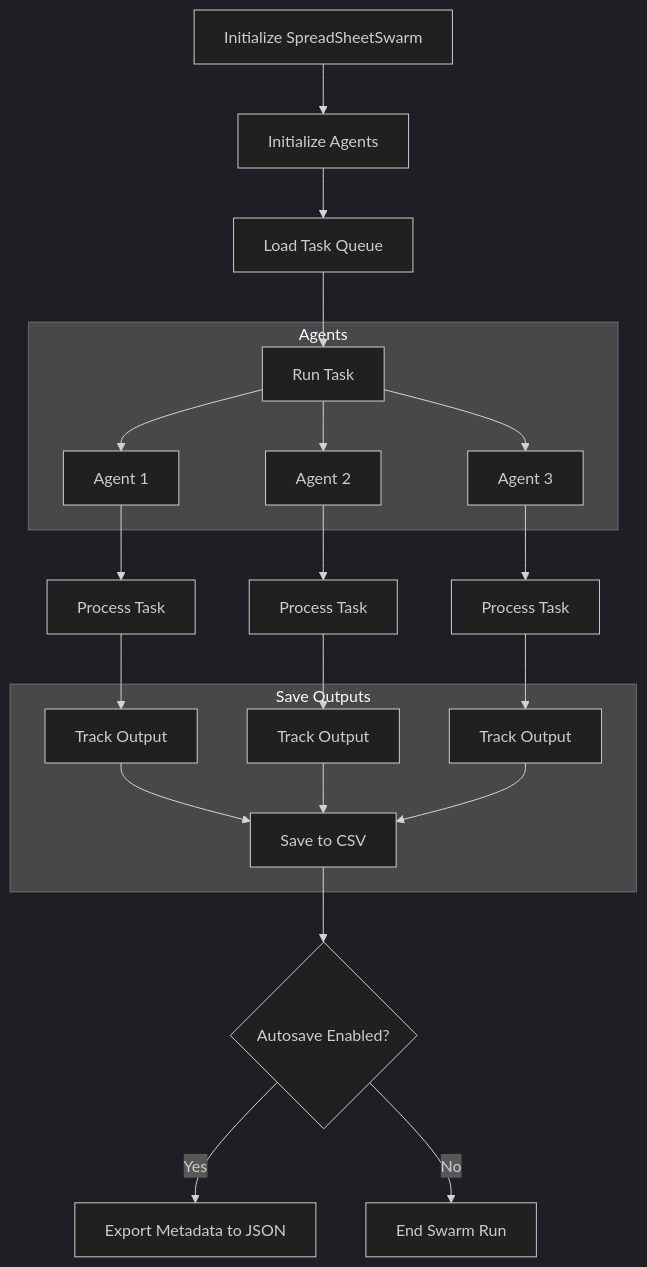
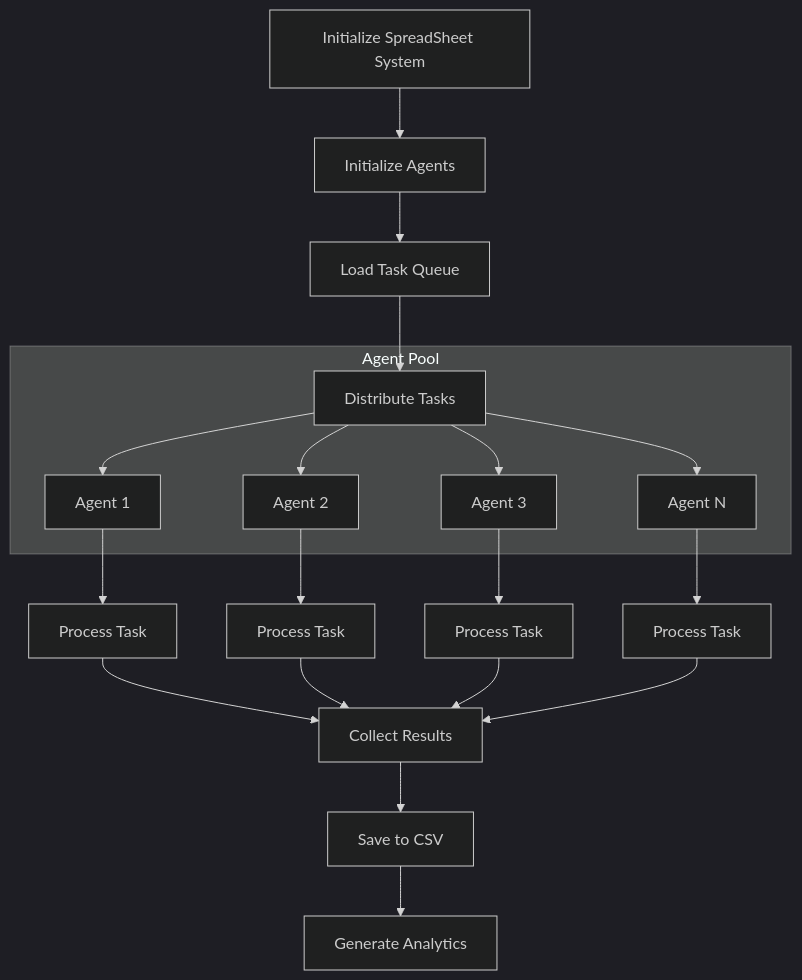
Before and after one commit to kyegomez/swarms: the sixth of 23 diagrams in docs/swarms/concept/swarm_architectures.md, drawn with Mermaid (dark theme). The commit also changed other lines of this file, not shown here.

Commit message:
what are multi agent architectures?

````diff
--- a/docs/swarms/concept/swarm_architectures.md
+++ b/docs/swarms/concept/swarm_architectures.md
@@ -146,31 +216,26 @@
 ```mermaid
+graph TD
+    A[Initialize SpreadSheet System] --> B[Initialize Agents]
+    B --> C[Load Task Queue]
+    C --> D[Distribute Tasks]
 
-graph TD
-    A[Initialize SpreadSheetSwarm] --> B[Initialize Agents]
-    B --> C[Load Task Queue]
-    C --> D[Run Task]
-
-    subgraph Agents
+    subgraph Agent_Pool[Agent Pool]
         D --> E1[Agent 1]
         D --> E2[Agent 2]
         D --> E3[Agent 3]
+        D --> E4[Agent N]
     end
 
     E1 --> F1[Process Task]
     E2 --> F2[Process Task]
     E3 --> F3[Process Task]
+    E4 --> F4[Process Task]
 
-    F1 --> G1[Track Output]
-    F2 --> G2[Track Output]
-    F3 --> G3[Track Output]
+    F1 --> G[Collect Results]
+    F2 --> G
+    F3 --> G
+    F4 --> G
 
-    subgraph Save Outputs
-        G1 --> H[Save to CSV]
-        G2 --> H[Save to CSV]
-        G3 --> H[Save to CSV]
-    end
-
-    H --> I{Autosave Enabled?}
-    I --> |Yes| J[Export Metadata to JSON]
-    I --> |No| K[End Swarm Run]
+    G --> H[Save to CSV]
+    H --> I[Generate Analytics]
 ```
````
